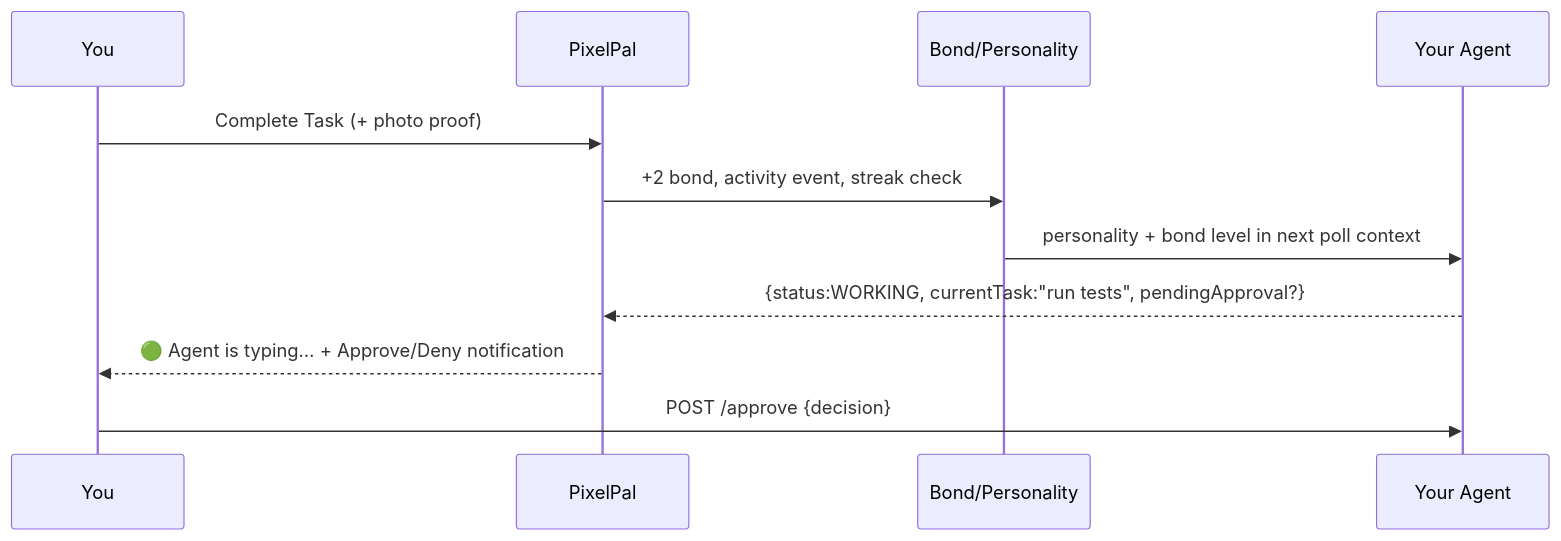
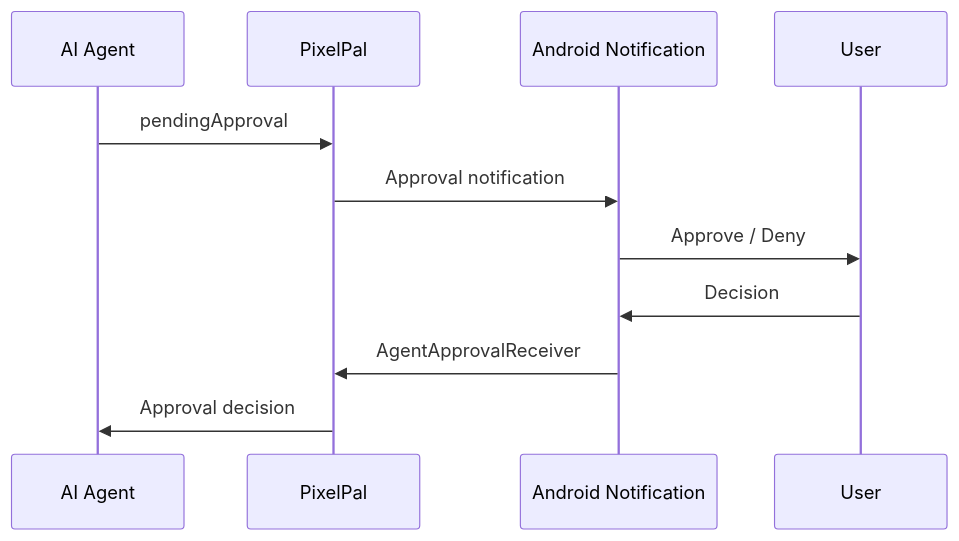
One commit to riddhibantia/Pixel-Pal- changed the second of 7 diagrams in README.md. Above: the diagram before and after it, drawn with Mermaid. The commit also changed other lines of this file, not shown here.

Commit message:
docs: apply user-provided README with full project docs, AI loop, architecture, screenshots

````diff
--- a/README.md
+++ b/README.md
@@ -119,13 +244,14 @@
 ```mermaid
 sequenceDiagram
-    participant U as You
+    participant Agent as AI Agent
     participant App as PixelPal
-    participant Pet as Bond/Personality
-    participant AI as Your Agent
-    U->>App: Complete Task (+ photo proof)
-    App->>Pet: +2 bond, activity event, streak check
-    Pet->>AI: personality + bond level in next poll context
-    AI-->>App: {status:WORKING, currentTask:"run tests", pendingApproval?}
-    App-->>U: 🟢 Agent is typing… + Approve/Deny notification
-    U->>AI: POST /approve {decision}
+    participant Android as Android Notification
+    participant User as User
+
+    Agent->>App: pendingApproval
+    App->>Android: Approval notification
+    Android->>User: Approve / Deny
+    User->>Android: Decision
+    Android->>App: AgentApprovalReceiver
+    App->>Agent: Approval decision
 ```
````
